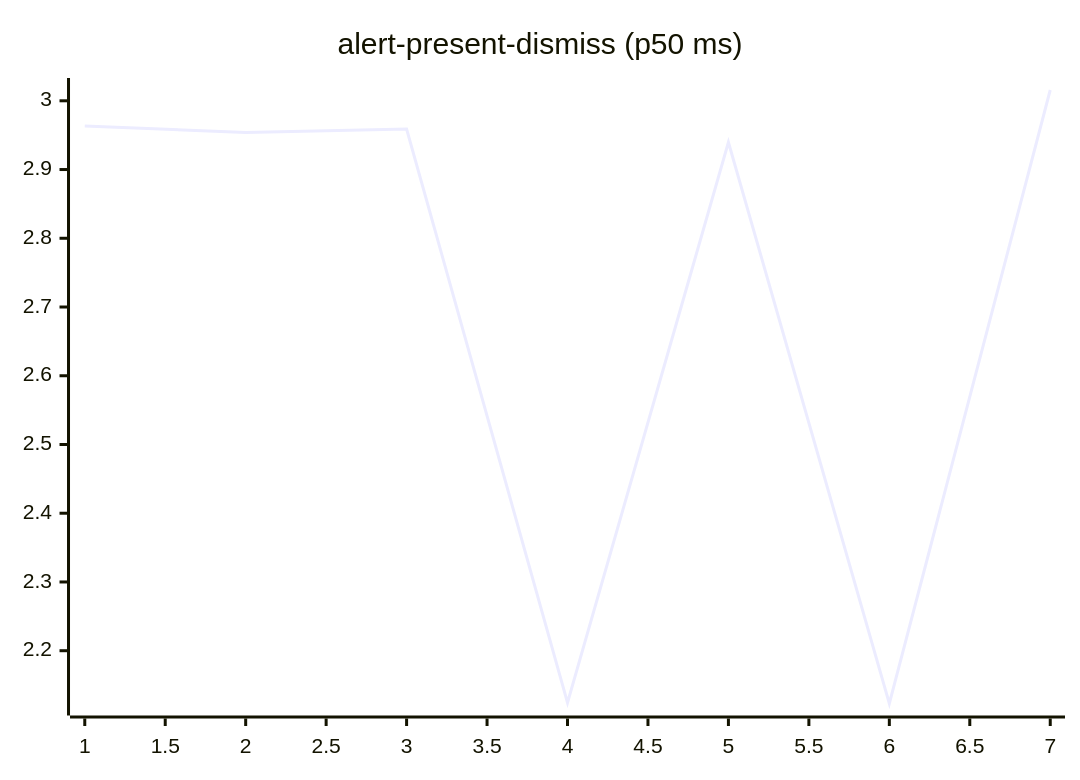
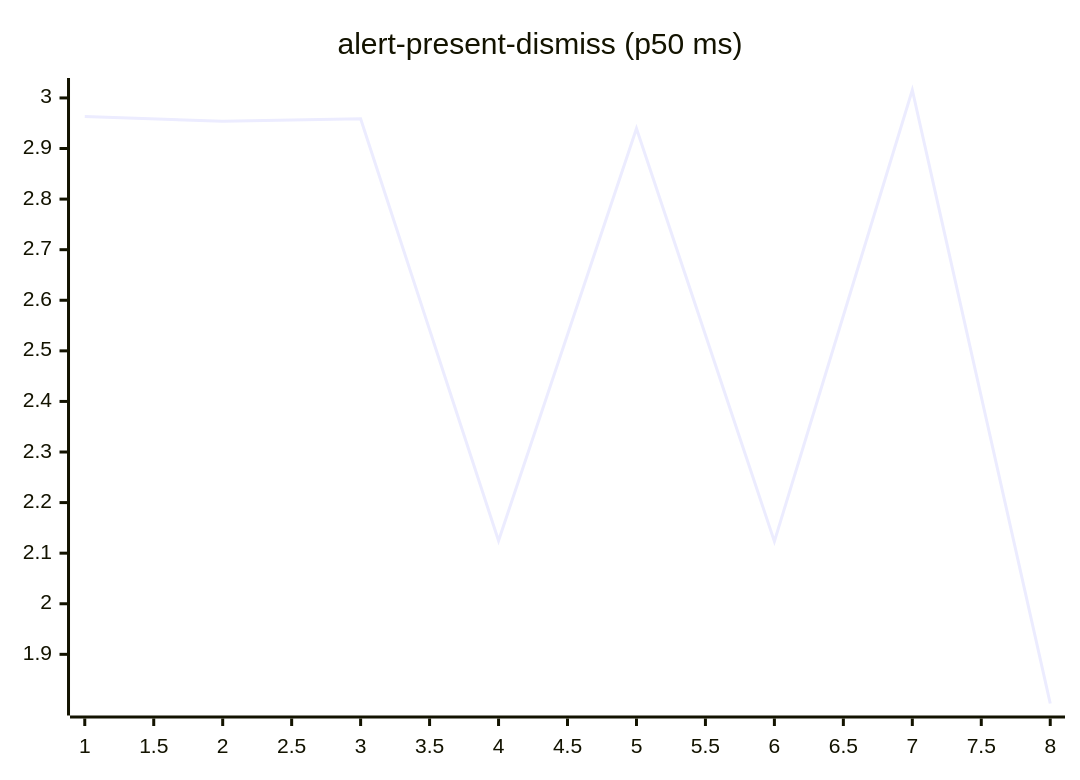
Before and after one commit to josha/Facet: the second of 27 diagrams in README.md, drawn with Mermaid. The commit also changed other lines of this file and 2 other files, not shown here.

````diff
--- a/README.md
+++ b/README.md
@@ -70,6 +70,6 @@
 ```mermaid
 xychart-beta
     title "alert-present-dismiss (p50 ms)"
-    x-axis 1 --> 7
-    line [2.9632, 2.9538, 2.9589, 2.1244, 2.9396, 2.1232, 3.0157]
+    x-axis 1 --> 8
+    line [2.9632, 2.9538, 2.9589, 2.1244, 2.9396, 2.1232, 3.0157, 1.8028]
 ```
````
